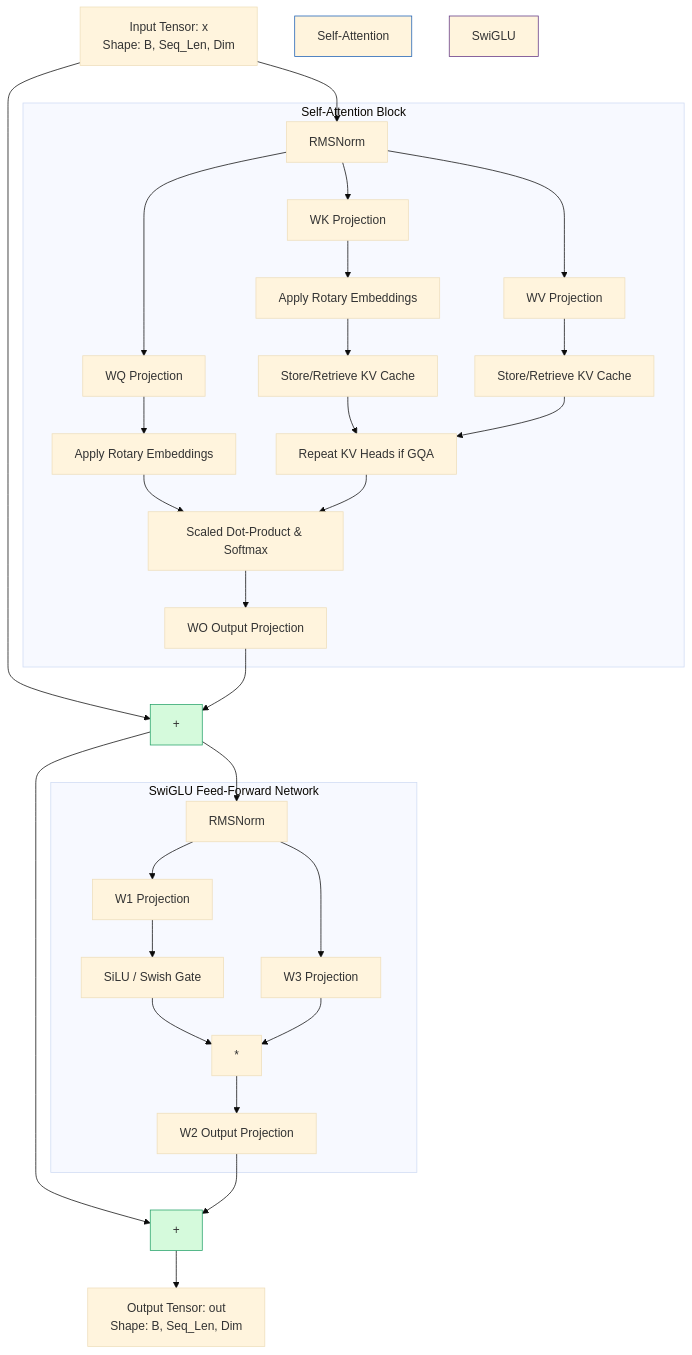
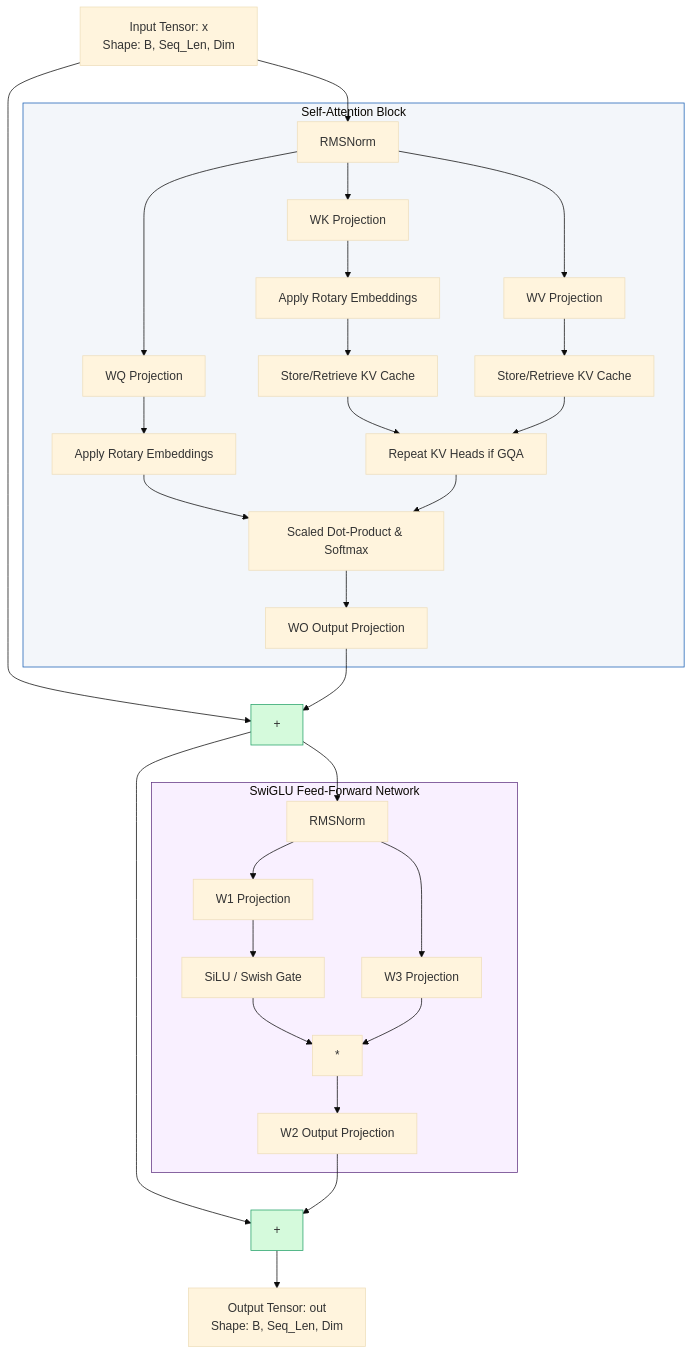
The first of 3 diagrams in README.md (Esraa-Hassan0/LLaMa), drawn with Mermaid (base theme) before and after one commit. The commit also changed other lines of this file, not shown here.

Commit message:
fix: mermaid readme subgraph titles

````diff
--- a/README.md
+++ b/README.md
@@ -19,46 +19,48 @@
 ```mermaid
 graph TD
-    Input[Input Tensor: x <br>Shape: B, Seq_Len, Dim] --> RMSNorm1[RMSNorm]
+    Input["Input Tensor: x <br>Shape: B, Seq_Len, Dim"] --> RMSNorm1[RMSNorm]
     
-    subgraph Self-Attention Block
+    subgraph self_attn ["Self-Attention Block"]
         RMSNorm1 --> WQ[WQ Projection]
         RMSNorm1 --> WK[WK Projection]
         RMSNorm1 --> WV[WV Projection]
         
         WQ --> RoPE_Q[Apply Rotary Embeddings]
         WK --> RoPE_K[Apply Rotary Embeddings]
         
-        RoPE_K --> K_Cache[Store/Retrieve KV Cache]
-        WV --> V_Cache[Store/Retrieve KV Cache]
+        RoPE_K --> K_Cache["Store/Retrieve KV Cache"]
+        WV --> V_Cache["Store/Retrieve KV Cache"]
         
-        K_Cache --> Repeat_KV[Repeat KV Heads if GQA]
+        K_Cache --> Repeat_KV["Repeat KV Heads if GQA"]
         V_Cache --> Repeat_KV
         
-        RoPE_Q & Repeat_KV --> MatMul_Softmax[Scaled Dot-Product & Softmax]
+        RoPE_Q --> MatMul_Softmax["Scaled Dot-Product & Softmax"]
+        Repeat_KV --> MatMul_Softmax
         MatMul_Softmax --> WO[WO Output Projection]
     end
     
-    Input --> Add1[+]
+    Input --> Add1["+"]
     WO --> Add1
     
     Add1 --> RMSNorm2[RMSNorm]
     
-    subgraph SwiGLU Feed-Forward Network
+    subgraph ffn ["SwiGLU Feed-Forward Network"]
         RMSNorm2 --> W1[W1 Projection]
         RMSNorm2 --> W3[W3 Projection]
         
-        W1 --> SiLU[SiLU / Swish Gate]
-        SiLU & W3 --> GateMul[*]
+        W1 --> SiLU["SiLU / Swish Gate"]
+        SiLU --> GateMul["*"]
+        W3 --> GateMul
         GateMul --> W2[W2 Output Projection]
     end
     
-    Add1 --> Add2[+]
+    Add1 --> Add2["+"]
     W2 --> Add2
     
-    Add2 --> Output[Output Tensor: out <br>Shape: B, Seq_Len, Dim]
+    Add2 --> Output["Output Tensor: out <br>Shape: B, Seq_Len, Dim"]
     
-    style Self-Attention Block fill:#f3f6fa,stroke:#1a5fb4,stroke-width:1px
-    style SwiGLU Feed-Forward Network fill:#f9f0ff,stroke:#613583,stroke-width:1px
+    style self_attn fill:#f3f6fa,stroke:#1a5fb4,stroke-width:1px
+    style ffn fill:#f9f0ff,stroke:#613583,stroke-width:1px
     style Add1 fill:#d5fadc,stroke:#26a269,stroke-width:1px
     style Add2 fill:#d5fadc,stroke:#26a269,stroke-width:1px
 ```
````
